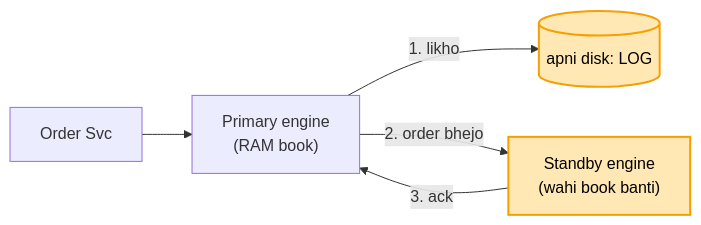
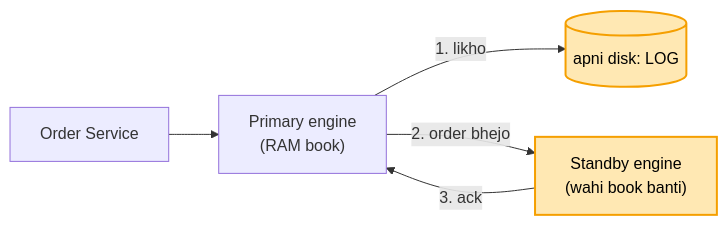
Before and after one commit to ArpanMaheshwari144/Prep: the fifth of 8 diagrams in 04_HLD/SYSTEM_DESIGNS/05_stock_broker_trading/05_stock_broker_trading.md, drawn with Mermaid. The commit also changed other lines of this file and 8 other files, not shown here.

````diff
--- a/04_HLD/SYSTEM_DESIGNS/05_stock_broker_trading/05_stock_broker_trading.md
+++ b/04_HLD/SYSTEM_DESIGNS/05_stock_broker_trading/05_stock_broker_trading.md
@@ -195,9 +195,9 @@
 ```mermaid
 flowchart LR
-    O["Order Svc"] --> P["Primary engine<br/>(RAM book)"]
+    O["Order Service"] --> P["Primary engine<br/>(RAM book)"]
     P -- "1. likho" --> L[("apni disk: LOG")]
     P -- "2. order bhejo" --> S["Standby engine<br/>(wahi book banti)"]
     S -- "3. ack" --> P
     style L fill:#ffe8b3,stroke:#f59f00,stroke-width:2px,color:#000
     style S fill:#ffe8b3,stroke:#f59f00,stroke-width:2px,color:#000
 ```
````
